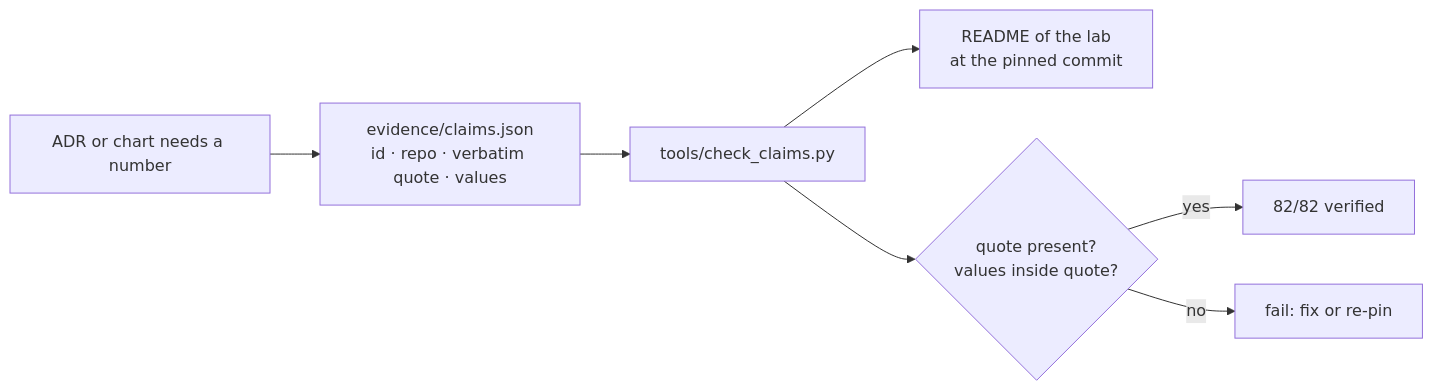
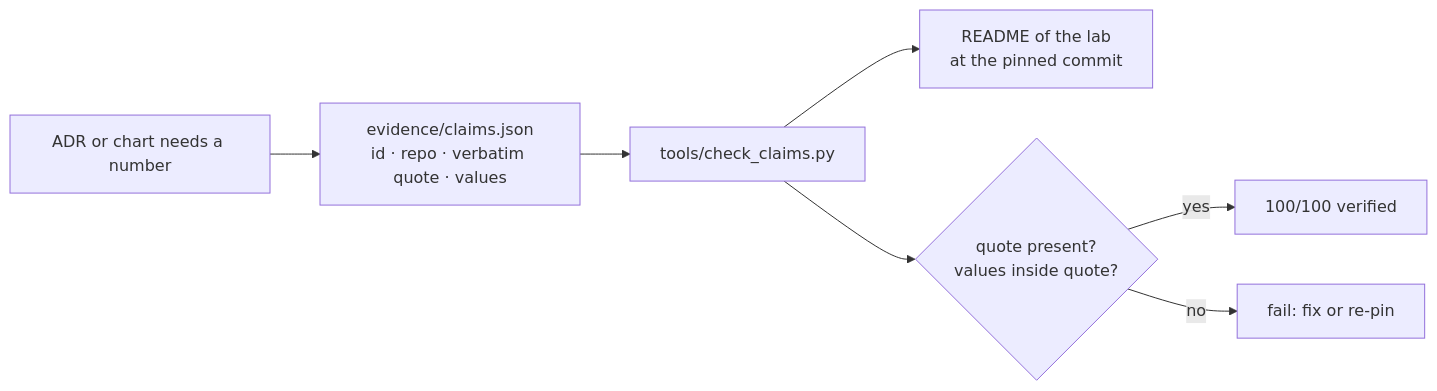
One commit to masterfabric/masterfabric-data-architecture-adr changed the second of 2 diagrams in README.md. Above: the diagram before and after it, drawn with Mermaid. The commit also changed other lines of this file, not shown here.

Commit message:
docs(readme): second round table and figure, 100/100 verified, corrected DPO and DataFusion rows, cost inputs still assumptions

````diff
--- a/README.md
+++ b/README.md
@@ -109,9 +127,9 @@
 ```mermaid
 flowchart LR
   A[ADR or chart needs a number] --> C[evidence/claims.json<br/>id · repo · verbatim quote · values]
   C --> K[tools/check_claims.py]
   K --> G[README of the lab<br/>at the pinned commit]
   K --> V{quote present?<br/>values inside quote?}
-  V -- yes --> OK[82/82 verified]
+  V -- yes --> OK[100/100 verified]
   V -- no --> F[fail: fix or re-pin]
 ```
````
